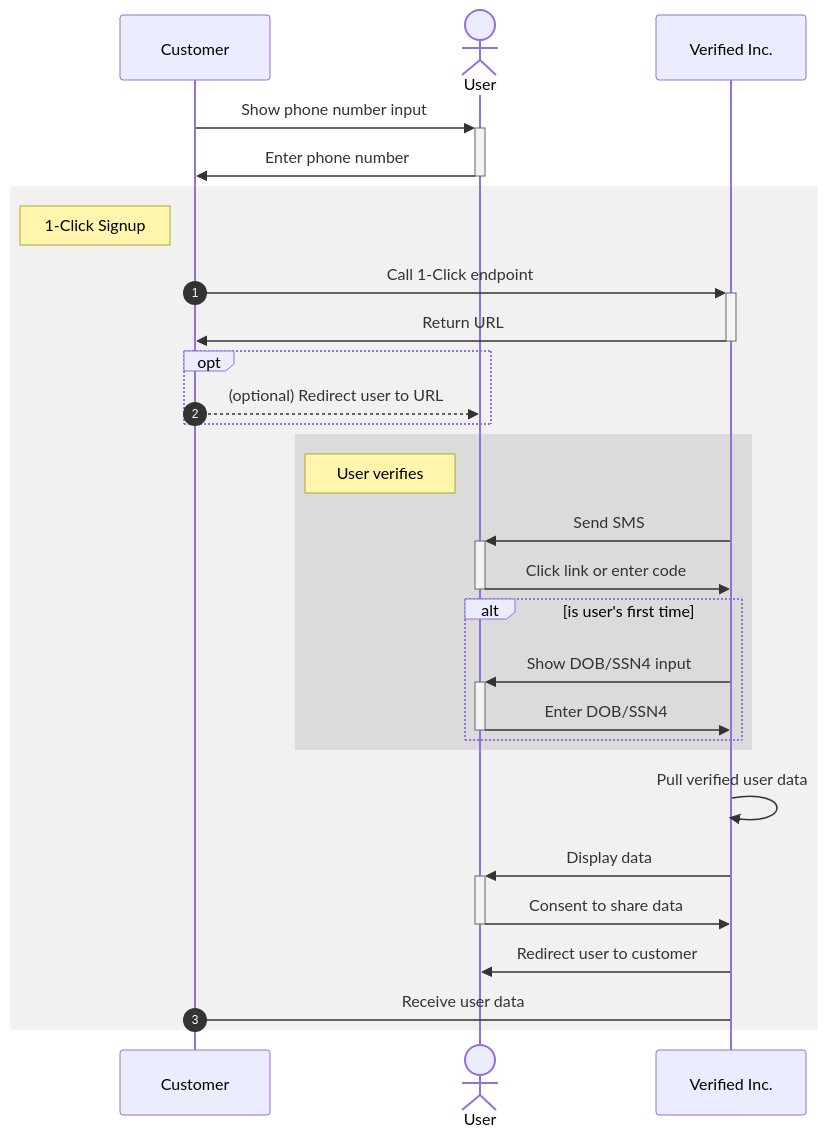
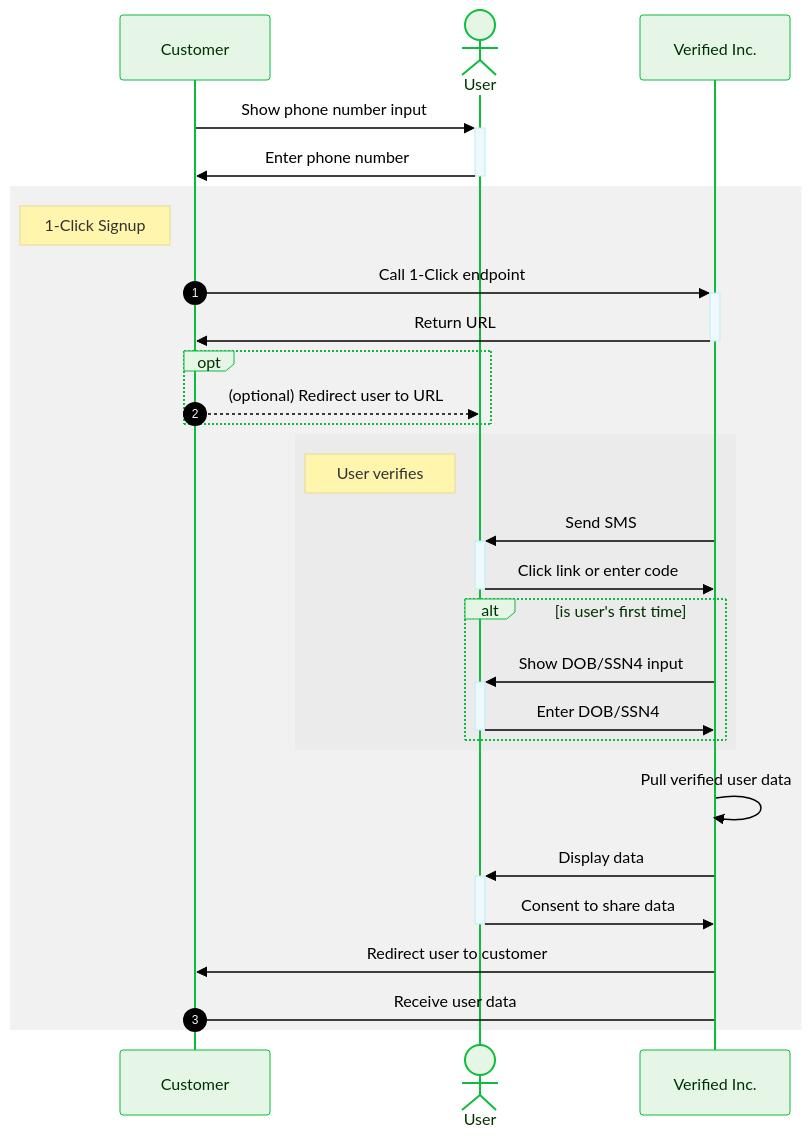
The fifth of 5 diagrams in docs/1-click-signup.mdx (VerifiedInc/VerifiedInc.github.io), drawn with Mermaid before and after one commit. The commit also changed other lines of this file and 2 other files, not shown here.

````diff
--- a/docs/1-click-signup.mdx
+++ b/docs/1-click-signup.mdx
@@ -175,35 +235,50 @@
 ```mermaid
+%%{
+    init: {
+        'theme': 'base',
+        'themeVariables': {
+            'primaryColor': '#e6f6e6',
+            'primaryTextColor': '#003100',
+            'primaryBorderColor': '#0dbc3d',
+            'secondaryColor': '#eef9fd',
+            'secondaryTextColor': '#193c47',
+            'secondaryBorderColor': '#164fd6',
+            'edgeLabelBackground': '#ffffff',
+            'textColor': '#000000'
+        }
+    }
+}%%
 sequenceDiagram
     participant C as Customer
     actor U as User
     participant V as Verified Inc.
     C->>+U: Show phone number input
     U->>-C: Enter phone number
     autonumber 1
     rect rgb(200,200,200,0.25)
         note left of C: 1-Click Signup
         C->>+V: Call 1-Click endpoint
         autonumber off
         V->>-C: Return URL
         autonumber 2
         opt
             C-->>U: (optional) Redirect user to URL
         end
         autonumber off
-        rect rgb(150,150,150,0.25)
+        rect rgb(200,200,200,0.15)
             note left of U: User verifies
             V->>+U: Send SMS
             U->>-V: Click link or enter code
             alt is user's first time
                 V->>+U: Show DOB/SSN4 input
                 U->>-V: Enter DOB/SSN4
             end
         end
         V->>V: Pull verified user data
         V->>+U: Display data
         U->>-V: Consent to share data
-        V->>U: Redirect user to customer 
+        V->>C: Redirect user to customer 
         autonumber 3
         C->V: Receive user data
     end
 ```
````
